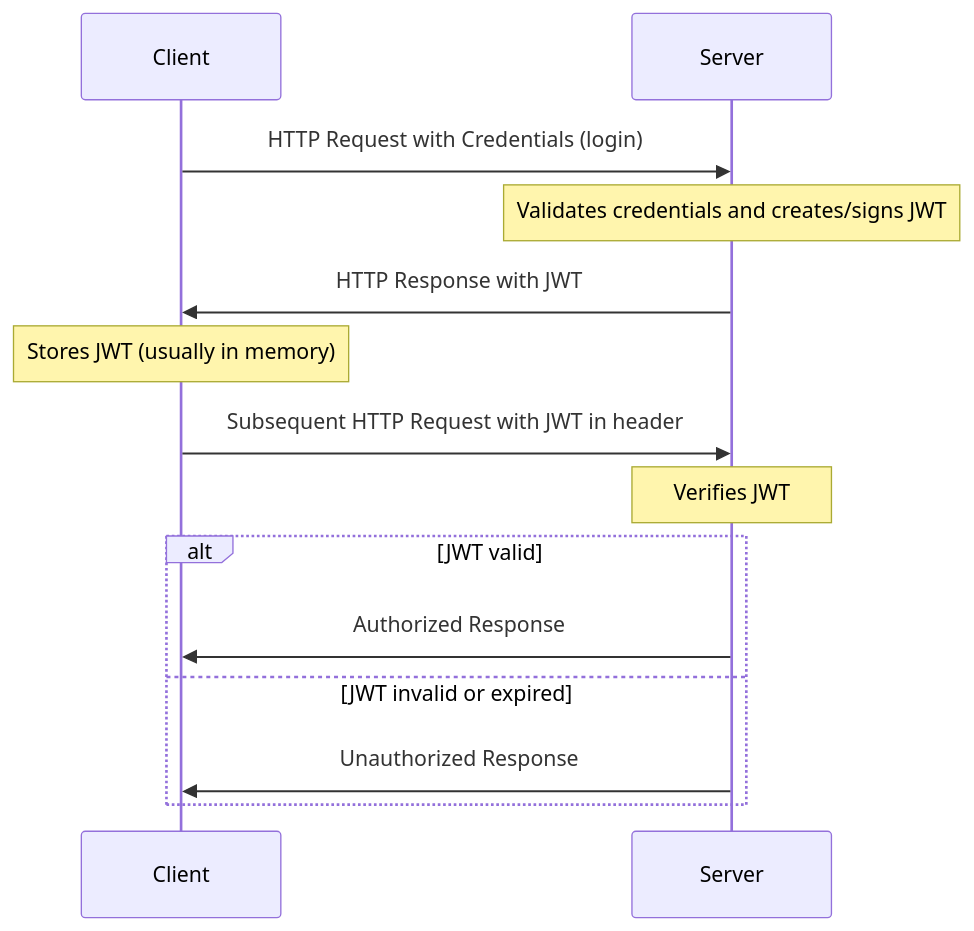
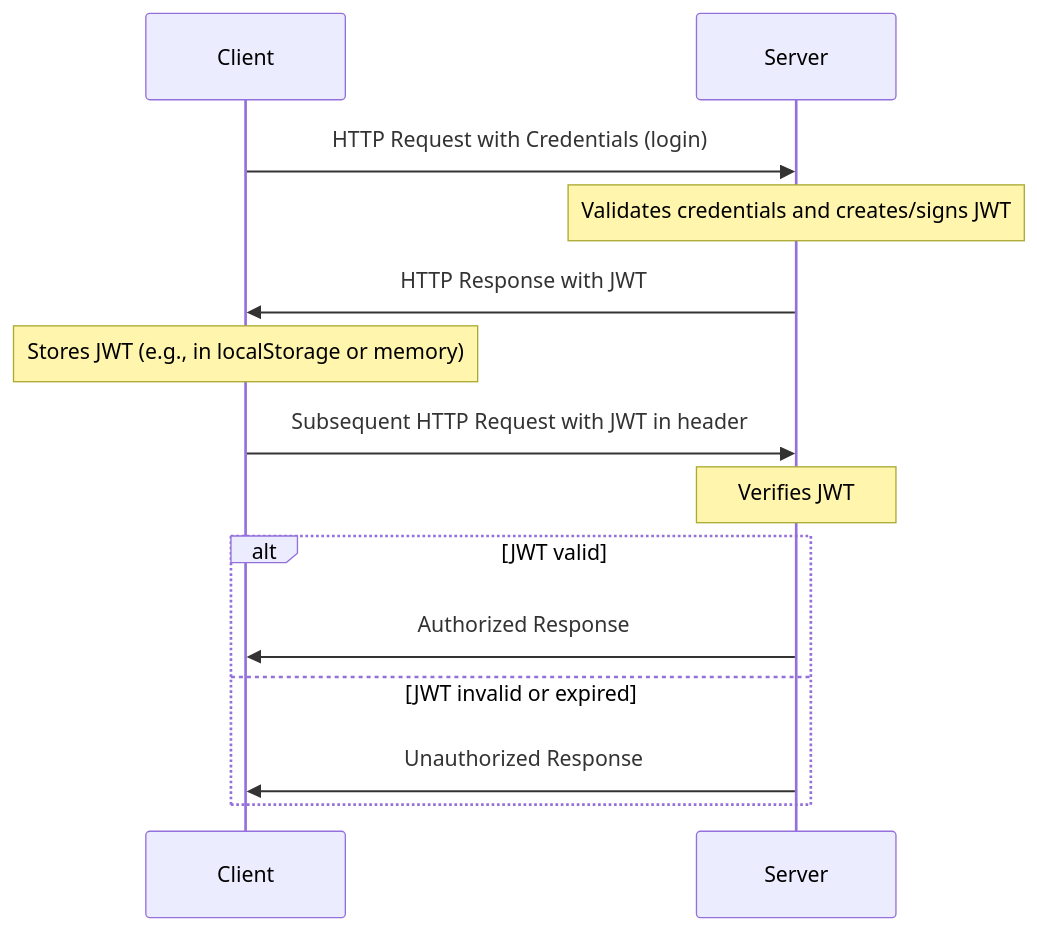
The second of 2 diagrams in Week12/authentication.md (ilkkamtk/fullstack), drawn with Mermaid before and after one commit. The commit also changed other lines of this file and 1 other file, not shown here.

Commit message:
Refactor authentication documentation for clarity; update JWT storage method and improve section headings for cookies and sessions

````diff
--- a/Week12/authentication.md
+++ b/Week12/authentication.md
@@ -81,17 +81,17 @@
 ```mermaid
 sequenceDiagram
     participant Client
     participant Server
   Client->>Server: HTTP Request with Credentials (login)
   Note over Server: Validates credentials and creates/signs JWT
   Server->>Client: HTTP Response with JWT
-  Note over Client: Stores JWT (usually in memory)
+  Note over Client: Stores JWT (e.g., in localStorage or memory)
 
   Client->>Server: Subsequent HTTP Request with JWT in header
   Note over Server: Verifies JWT
   alt JWT valid
     Server->>Client: Authorized Response
   else JWT invalid or expired
     Server->>Client: Unauthorized Response
   end
 ```
````
